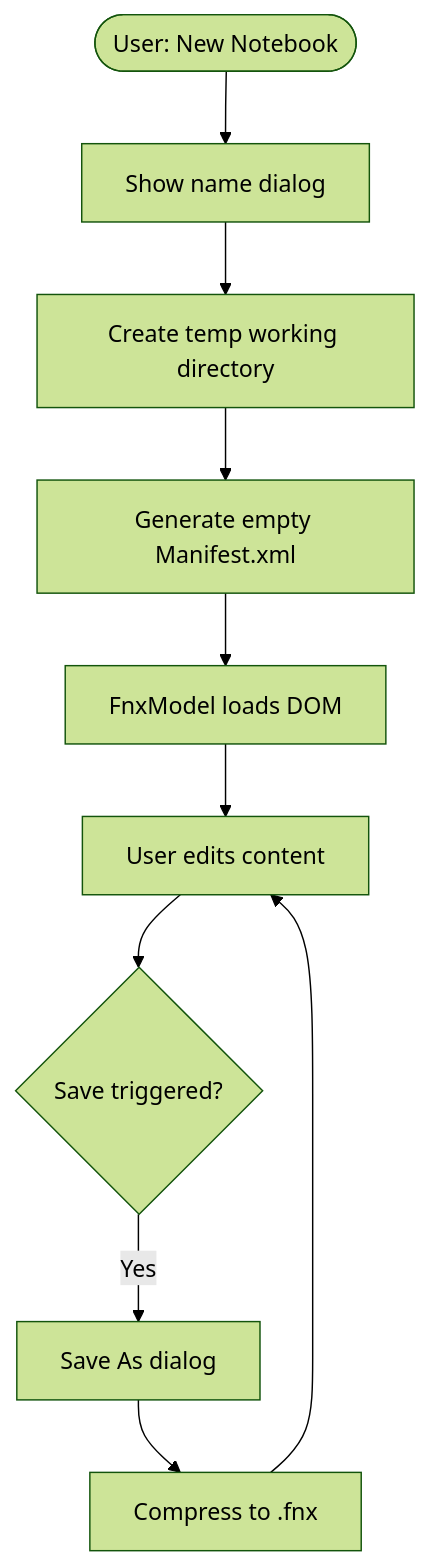
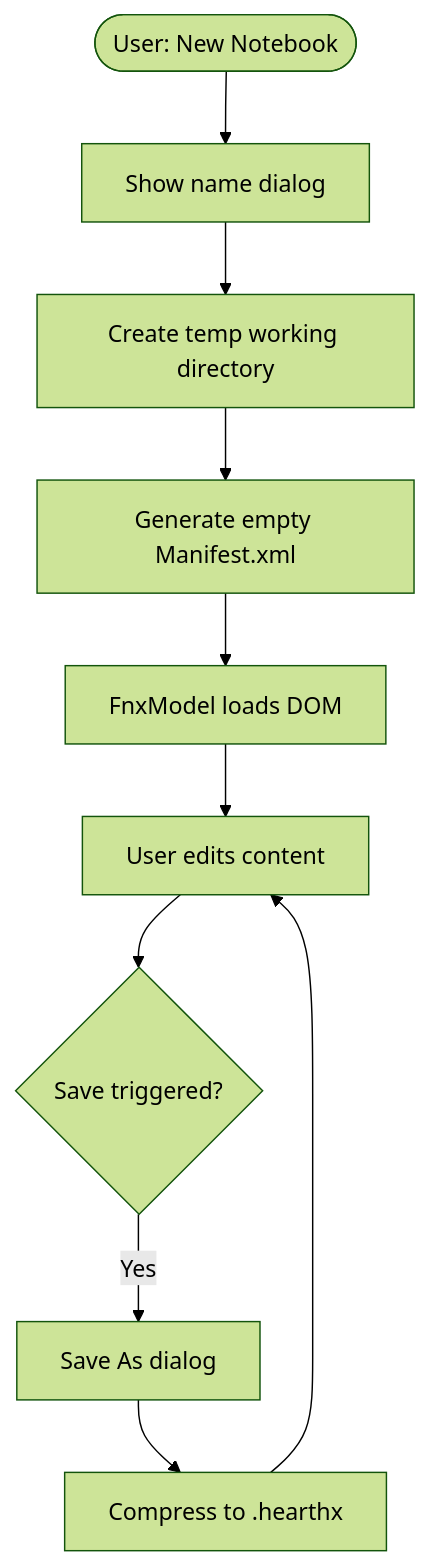
Before and after one commit to fairybow/Fernanda: the first of 3 diagrams in Hearth/docs/Notebooks.md, drawn with Mermaid (forest theme). The commit also changed other lines of this file and 17 other files, not shown here.

````diff
--- a/Hearth/docs/Notebooks.md
+++ b/Hearth/docs/Notebooks.md
@@ -330,12 +330,12 @@
 ```mermaid
 flowchart TD
     Start([User: New Notebook]) --> NamePrompt[Show name dialog]
     NamePrompt --> CreateTemp[Create temp working directory]
     CreateTemp --> GenXML[Generate empty Manifest.xml]
     GenXML --> LoadModel[FnxModel loads DOM]
     LoadModel --> Work[User edits content]
     Work --> Save{Save triggered?}
     Save -->|Yes| SaveAs[Save As dialog]
-    SaveAs --> Compress[Compress to .fnx]
+    SaveAs --> Compress[Compress to .hearthx]
     Compress --> Work
 ```
````
